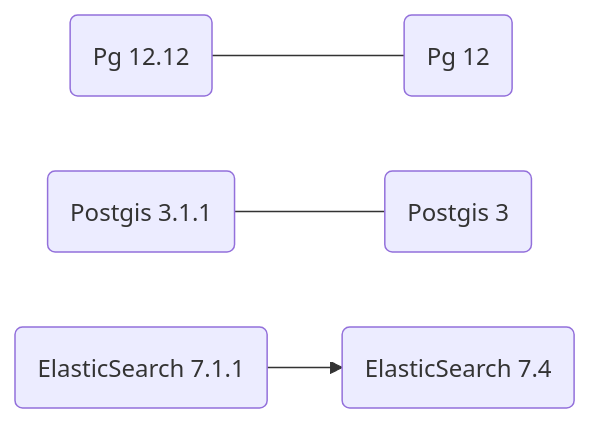
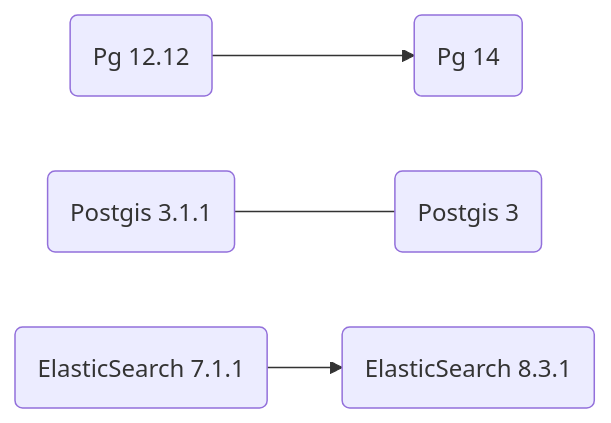
Before and after one commit to eamena-project/eamena-arches-dev: the second of 2 diagrams in dbs/database.eamena/README.md, drawn with Mermaid.

Commit message:
Changed target version numbers for PostgreSQL and Elasticsearch, to align with Arches 7.0.0+ requirements

````diff
--- a/dbs/database.eamena/README.md
+++ b/dbs/database.eamena/README.md
@@ -26,6 +26,6 @@
 ```mermaid
 flowchart LR
-    A(Pg 12.12) --- B(Pg 12);
+    A(Pg 12.12) --> B(Pg 14);
     C(Postgis 3.1.1) --- D(Postgis 3);
-    E(ElasticSearch 7.1.1) --> F(ElasticSearch 7.4);
+    E(ElasticSearch 7.1.1) --> F(ElasticSearch 8.3.1);
 ```
````
